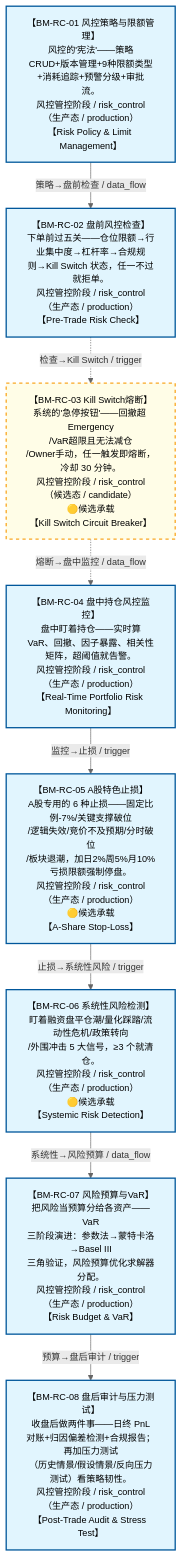
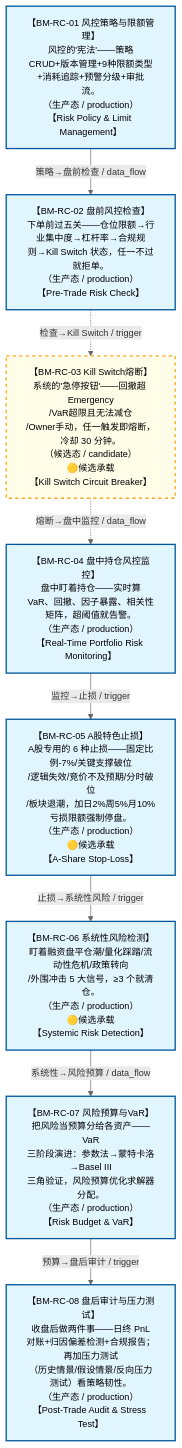
The diagram in docs/02_enterprise_architecture/07_trading_decision_architecture/battle_map/battle_map_09_risk_control.md (xuanFelixVan/ZephyrAlpha), drawn with Mermaid before and after one commit. The commit also changed other lines of this file and 173 other files, not shown here.

````diff
--- a/docs/02_enterprise_architecture/07_trading_decision_architecture/battle_map/battle_map_09_risk_control.md
+++ b/docs/02_enterprise_architecture/07_trading_decision_architecture/battle_map/battle_map_09_risk_control.md
@@ -38,27 +38,27 @@
 ```mermaid
 %%{init: {'theme': 'base', 'themeVariables': {'primaryColor': '#eaeaea', 'primaryTextColor': '#333333', 'primaryBorderColor': '#666666', 'lineColor': '#666666', 'secondaryColor': '#eaeaea', 'tertiaryColor': '#eaeaea', 'clusterBkg': 'transparent', 'clusterBorder': 'transparent', 'fontSize': '14px'}}}%%
 %% 风控管控阶段图
 flowchart TD
-    BM_RC_01["【BM-RC-01 风控策略与限额管理】<br/>风控的'宪法'——策略<br/>CRUD+版本管理+9种限额类型+消耗追踪+预警分级+审批<br/>流。<br/>风控管控阶段 / risk_control<br/>（生产态 / production）<br/>【Risk Policy &amp; Limit Management】"]
-    BM_RC_02["【BM-RC-02 盘前风控检查】<br/>下单前过五关——仓位限额→行业集中度→杠杆率→合规规<br/>则→Kill Switch 状态，任一不过就拒单。<br/>风控管控阶段 / risk_control<br/>（生产态 / production）<br/>【Pre-Trade Risk Check】"]
-    BM_RC_03["【BM-RC-03 Kill Switch熔断】<br/>系统的'急停按钮'——回撤超 Emergency<br/>/VaR超限且无法减仓<br/>/Owner手动，任一触发即熔断，冷却 30 分钟。<br/>风控管控阶段 / risk_control<br/>（候选态 / candidate）<br/>🟡候选承载<br/>【Kill Switch Circuit Breaker】"]
-    BM_RC_04["【BM-RC-04 盘中持仓风控监控】<br/>盘中盯着持仓——实时算<br/>VaR、回撤、因子暴露、相关性矩阵，超阈值就告警。<br/>风控管控阶段 / risk_control<br/>（生产态 / production）<br/>【Real-Time Portfolio Risk Monitoring】"]
-    BM_RC_05["【BM-RC-05 A股特色止损】<br/>A股专用的 6 种止损——固定比例-7%/关键支撑破位<br/>/逻辑失效/竞价不及预期/分时破位<br/>/板块退潮，加日2%周5%月10%亏损限额强制停盘。<br/>风控管控阶段 / risk_control<br/>（生产态 / production）<br/>🟡候选承载<br/>【A-Share Stop-Loss】"]
-    BM_RC_06["【BM-RC-06 系统性风险检测】<br/>盯着融资盘平仓潮/量化踩踏/流动性危机/政策转向<br/>/外围冲击 5 大信号，≥3 个就清仓。<br/>风控管控阶段 / risk_control<br/>（生产态 / production）<br/>🟡候选承载<br/>【Systemic Risk Detection】"]
-    BM_RC_07["【BM-RC-07 风险预算与VaR】<br/>把风险当预算分给各资产——VaR<br/>三阶段演进：参数法→蒙特卡洛→Basel III<br/>三角验证，风险预算优化求解器分配。<br/>风控管控阶段 / risk_control<br/>（生产态 / production）<br/>【Risk Budget &amp; VaR】"]
-    BM_RC_08["【BM-RC-08 盘后审计与压力测试】<br/>收盘后做两件事——日终 PnL<br/>对账+归因偏差检测+合规报告；再加压力测试<br/>（历史情景/假设情景/反向压力测试）看策略韧性。<br/>风控管控阶段 / risk_control<br/>（生产态 / production）<br/>【Post-Trade Audit &amp; Stress Test】"]
+    BM_RC_01["【BM-RC-01 风控策略与限额管理】<br/>风控的'宪法'——策略<br/>CRUD+版本管理+9种限额类型+消耗追踪+预警分级+审批<br/>流。<br/>（生产态 / production）<br/>【Risk Policy &amp; Limit Management】"]
+    BM_RC_02["【BM-RC-02 盘前风控检查】<br/>下单前过五关——仓位限额→行业集中度→杠杆率→合规规<br/>则→Kill Switch 状态，任一不过就拒单。<br/>（生产态 / production）<br/>【Pre-Trade Risk Check】"]
+    BM_RC_03["【BM-RC-03 Kill Switch熔断】<br/>系统的'急停按钮'——回撤超 Emergency<br/>/VaR超限且无法减仓<br/>/Owner手动，任一触发即熔断，冷却 30 分钟。<br/>（候选态 / candidate）<br/>🟡候选承载<br/>【Kill Switch Circuit Breaker】"]
+    BM_RC_04["【BM-RC-04 盘中持仓风控监控】<br/>盘中盯着持仓——实时算<br/>VaR、回撤、因子暴露、相关性矩阵，超阈值就告警。<br/>（生产态 / production）<br/>【Real-Time Portfolio Risk Monitoring】"]
+    BM_RC_05["【BM-RC-05 A股特色止损】<br/>A股专用的 6 种止损——固定比例-7%/关键支撑破位<br/>/逻辑失效/竞价不及预期/分时破位<br/>/板块退潮，加日2%周5%月10%亏损限额强制停盘。<br/>（生产态 / production）<br/>🟡候选承载<br/>【A-Share Stop-Loss】"]
+    BM_RC_06["【BM-RC-06 系统性风险检测】<br/>盯着融资盘平仓潮/量化踩踏/流动性危机/政策转向<br/>/外围冲击 5 大信号，≥3 个就清仓。<br/>（生产态 / production）<br/>🟡候选承载<br/>【Systemic Risk Detection】"]
+    BM_RC_07["【BM-RC-07 风险预算与VaR】<br/>把风险当预算分给各资产——VaR<br/>三阶段演进：参数法→蒙特卡洛→Basel III<br/>三角验证，风险预算优化求解器分配。<br/>（生产态 / production）<br/>【Risk Budget &amp; VaR】"]
+    BM_RC_08["【BM-RC-08 盘后审计与压力测试】<br/>收盘后做两件事——日终 PnL<br/>对账+归因偏差检测+合规报告；再加压力测试<br/>（历史情景/假设情景/反向压力测试）看策略韧性。<br/>（生产态 / production）<br/>【Post-Trade Audit &amp; Stress Test】"]
     BM_RC_01 -->|策略→盘前检查 / data_flow| BM_RC_02
     BM_RC_02 -.->|检查→Kill Switch / trigger| BM_RC_03
     BM_RC_03 -.->|熔断→盘中监控 / data_flow| BM_RC_04
     BM_RC_04 -->|监控→止损 / trigger| BM_RC_05
     BM_RC_05 -->|止损→系统性风险 / trigger| BM_RC_06
     BM_RC_06 -->|系统性→风险预算 / data_flow| BM_RC_07
     BM_RC_07 -->|预算→盘后审计 / trigger| BM_RC_08
 classDef production fill:#e1f5fe,stroke:#01579b,stroke-width:2px,color:#000
 classDef design fill:#fff3e0,stroke:#e65100,stroke-width:2px,color:#000,stroke-dasharray: 5 5
 classDef deprecated fill:#ffebee,stroke:#c62828,stroke-width:2px,color:#000
 classDef missing fill:#eeeeee,stroke:#9e9e9e,stroke-width:2px,color:#000
 classDef candidate fill:#fffde7,stroke:#f9a825,stroke-width:2px,color:#000,stroke-dasharray: 5 5
     class BM_RC_01,BM_RC_02,BM_RC_04,BM_RC_05,BM_RC_06,BM_RC_07,BM_RC_08 production
     class BM_RC_03 candidate
 ```
````
